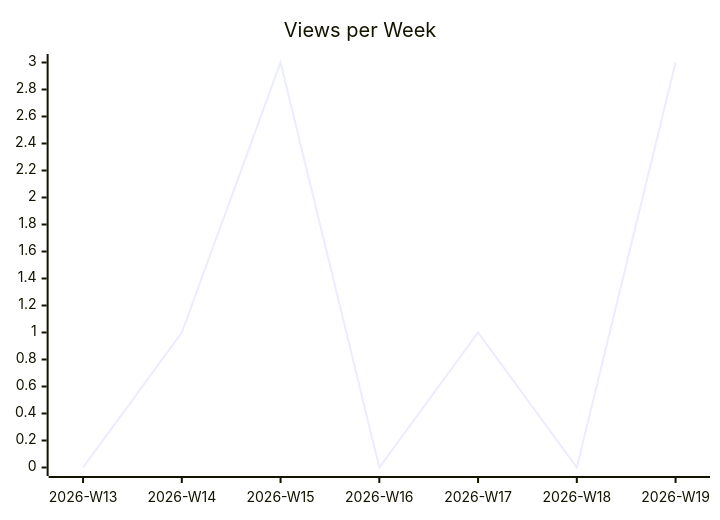
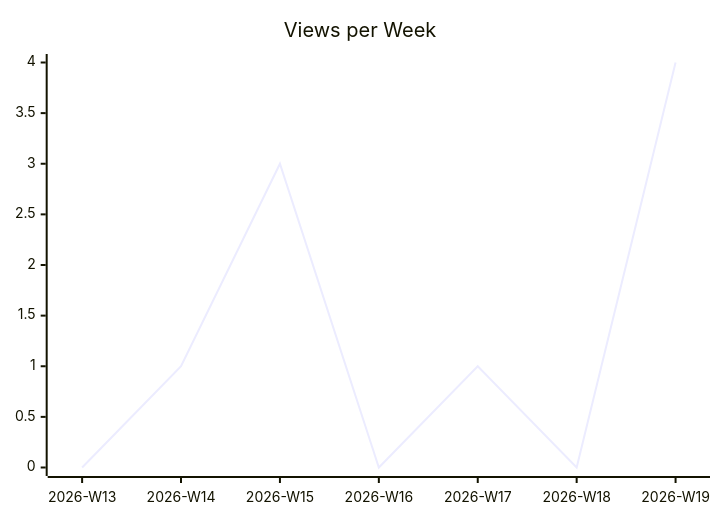
The second of 3 diagrams in justdavis-family/justdavis/README.md (justdavis-family/github-analytics-data), drawn with Mermaid before and after one commit. The commit also changed other lines of this file and 192 other files, not shown here.

````diff
--- a/justdavis-family/justdavis/README.md
+++ b/justdavis-family/justdavis/README.md
@@ -12,6 +12,6 @@
 ```mermaid
 xychart-beta
   title "Views per Week"
   x-axis ["2026-W13", "2026-W14", "2026-W15", "2026-W16", "2026-W17", "2026-W18", "2026-W19"]
-  line [0, 1, 3, 0, 1, 0, 3]
+  line [0, 1, 3, 0, 1, 0, 4]
 ```
````
